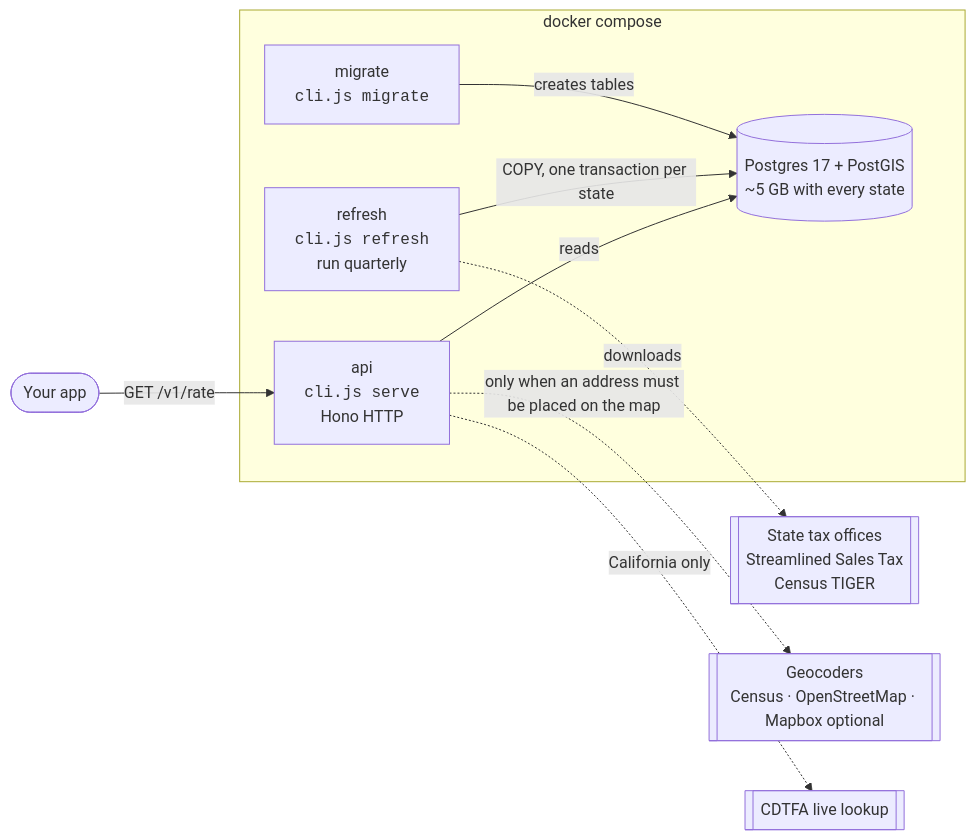
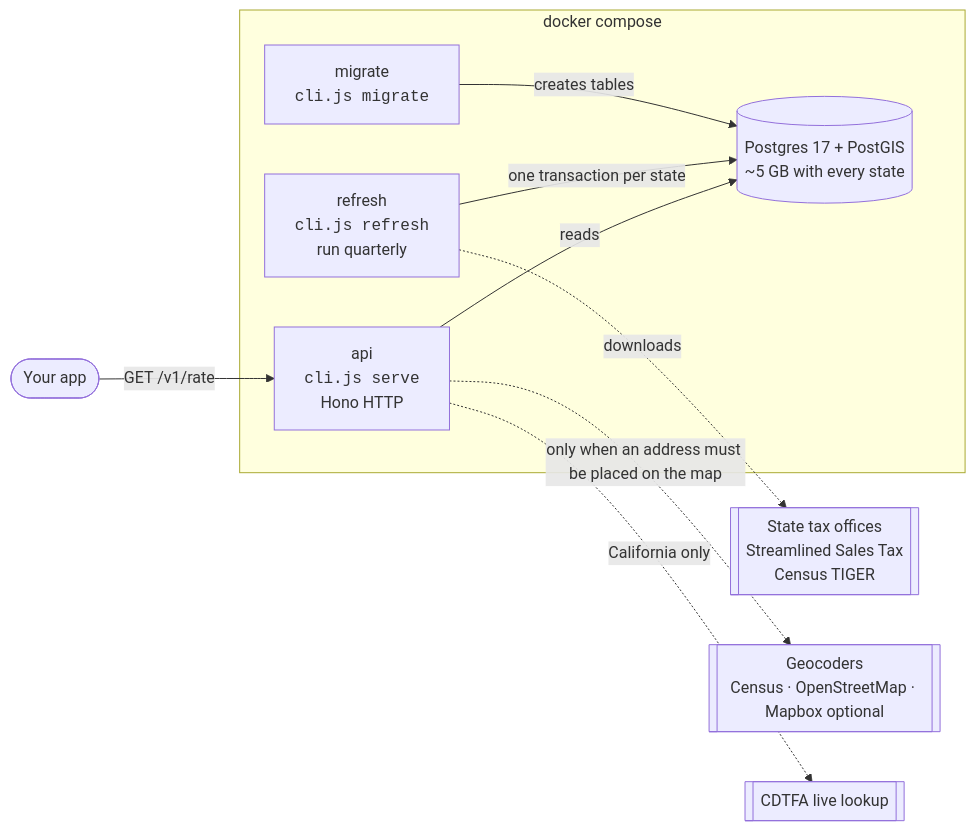
One commit to equated-org/opentaxrate changed the first of 3 diagrams in docs/architecture.md. Above: the diagram before and after it, drawn with Mermaid. The commit also changed other lines of this file and 11 other files, not shown here.

````diff
--- a/docs/architecture.md
+++ b/docs/architecture.md
@@ -7,19 +9,19 @@
 ```mermaid
 flowchart LR
   client([Your app]) -->|GET /v1/rate| api
 
   subgraph compose[docker compose]
     api[api<br/><code>cli.js serve</code><br/>Hono HTTP]
     refresh[refresh<br/><code>cli.js refresh</code><br/>run quarterly]
     migrate[migrate<br/><code>cli.js migrate</code>]
     db[(Postgres 17 + PostGIS<br/>~5 GB with every state)]
   end
 
   api -->|reads| db
-  refresh -->|COPY, one transaction per state| db
+  refresh -->|one transaction per state| db
   migrate -->|creates tables| db
 
   refresh -. downloads .-> sources[[State tax offices<br/>Streamlined Sales Tax<br/>Census TIGER]]
   api -. only when an address must be placed on the map .-> geo[[Geocoders<br/>Census · OpenStreetMap · Mapbox optional]]
   api -. California only .-> cdtfa[[CDTFA live lookup]]
 ```
````
